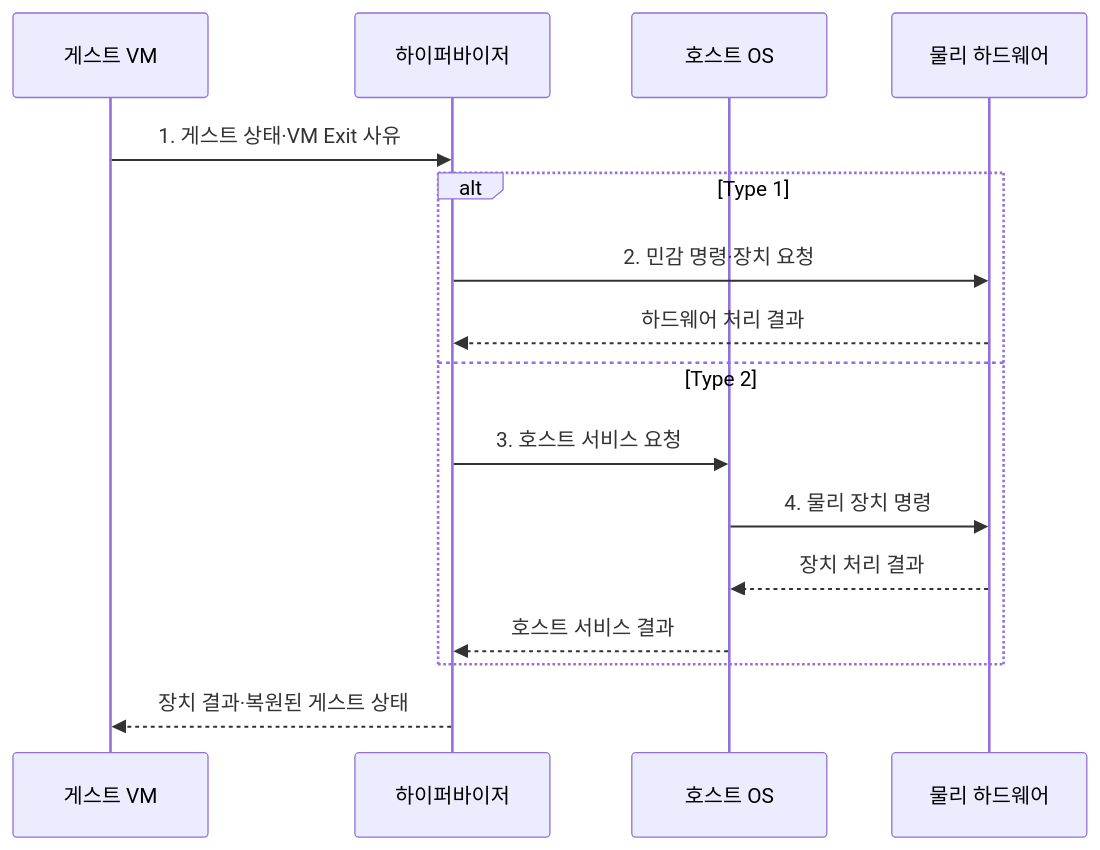
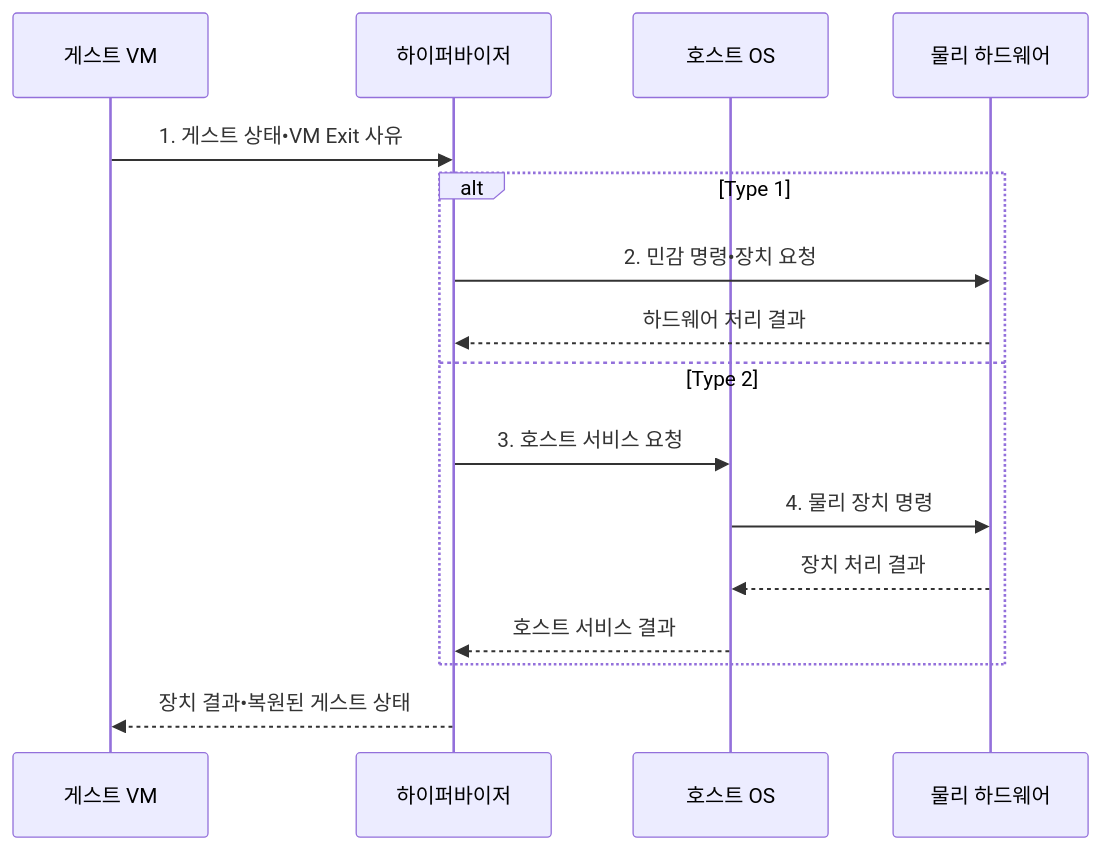
The second of 2 diagrams in src/content/docs/notes/03-software/018_virtualization_hypervisor.md (agnusdei1207/knowledge-base), drawn with Mermaid before and after one commit. The commit also changed other lines of this file and 953 other files, not shown here.

````diff
--- a/src/content/docs/notes/03-software/018_virtualization_hypervisor.md
+++ b/src/content/docs/notes/03-software/018_virtualization_hypervisor.md
@@ -115,18 +115,18 @@
 ```mermaid
 sequenceDiagram
     participant G as 게스트 VM
     participant H as 하이퍼바이저
     participant O as 호스트 OS
     participant P as 물리 하드웨어
-    G->>H: 1. 게스트 상태·VM Exit 사유
+    G->>H: 1. 게스트 상태•VM Exit 사유
     alt Type 1
-        H->>P: 2. 민감 명령·장치 요청
+        H->>P: 2. 민감 명령•장치 요청
         P-->>H: 하드웨어 처리 결과
     else Type 2
         H->>O: 3. 호스트 서비스 요청
         O->>P: 4. 물리 장치 명령
         P-->>O: 장치 처리 결과
         O-->>H: 호스트 서비스 결과
     end
-    H-->>G: 장치 결과·복원된 게스트 상태
+    H-->>G: 장치 결과•복원된 게스트 상태
 ```
````
